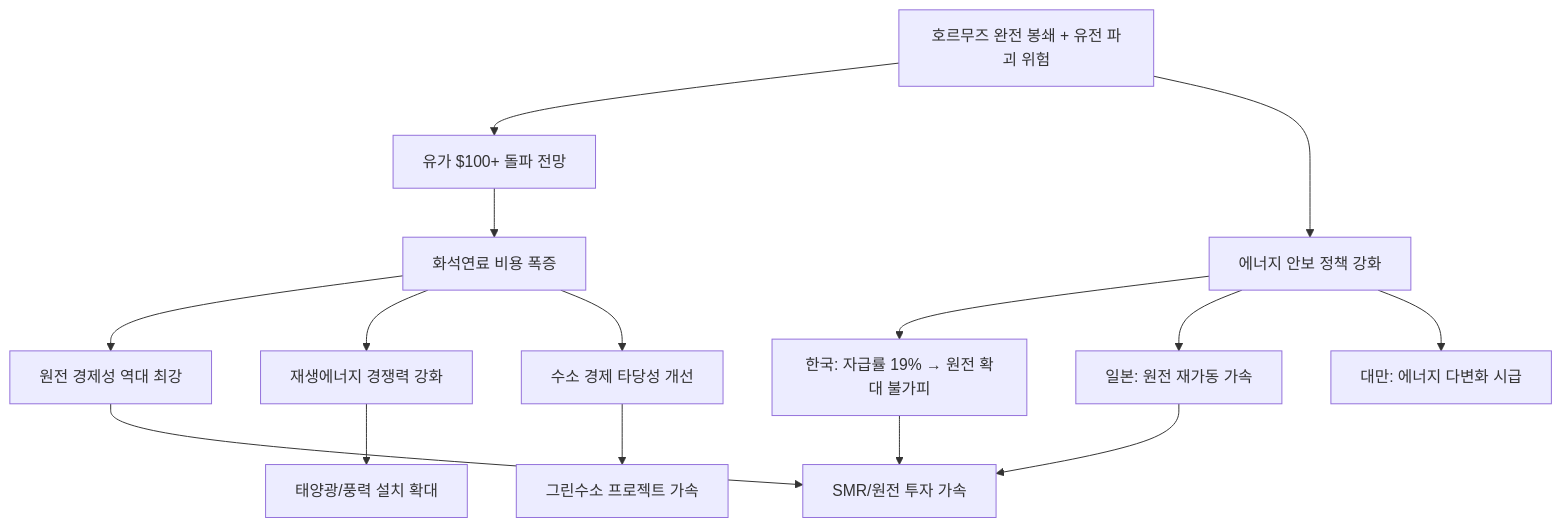
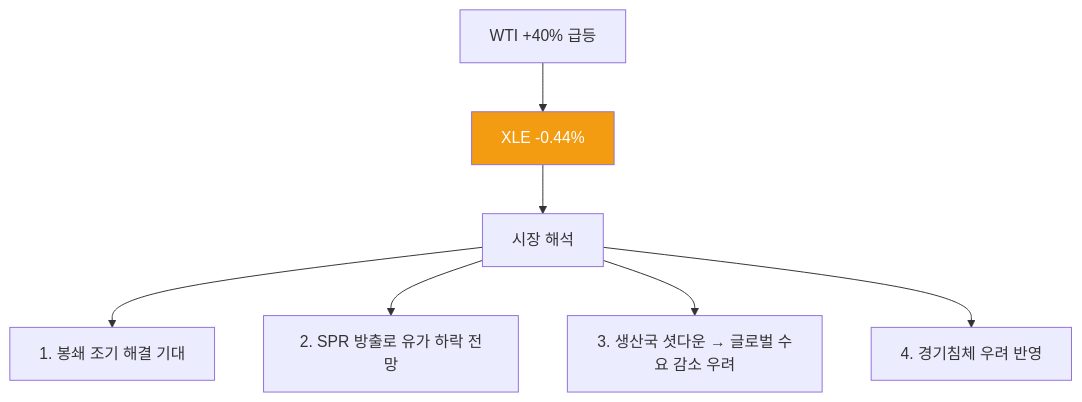
One commit to dss99911/dss99911.github.io changed the sixth of 10 diagrams in _posts/knowledge/invest/2026-03-07-energy-sector-outlook-2026.md. Above: the diagram before and after it, drawn with Mermaid. The commit also changed other lines of this file and 4 other files, not shown here.

````diff
--- a/_posts/knowledge/invest/2026-03-07-energy-sector-outlook-2026.md
+++ b/_posts/knowledge/invest/2026-03-07-energy-sector-outlook-2026.md
@@ -119,17 +201,11 @@
 ```mermaid
 graph TD
-    A["호르무즈 완전 봉쇄 + 유전 파괴 위험"] --> B["유가 $100+ 돌파 전망"]
-    B --> C["화석연료 비용 폭증"]
-    C --> D["원전 경제성 역대 최강"]
-    C --> E["재생에너지 경쟁력 강화"]
-    C --> F["수소 경제 타당성 개선"]
-    D --> G["SMR/원전 투자 가속"]
-    E --> H["태양광/풍력 설치 확대"]
-    F --> I["그린수소 프로젝트 가속"]
-    A --> J["에너지 안보 정책 강화"]
-    J --> J1["한국: 자급률 19% → 원전 확대 불가피"]
-    J --> J2["일본: 원전 재가동 가속"]
-    J --> J3["대만: 에너지 다변화 시급"]
-    J1 --> G
-    J2 --> G
+    A["WTI +40% 급등"] --> B["XLE -0.44%"]
+    B --> C["시장 해석"]
+    C --> D["1. 봉쇄 조기 해결 기대"]
+    C --> E["2. SPR 방출로 유가 하락 전망"]
+    C --> F["3. 생산국 셧다운 → 글로벌 수요 감소 우려"]
+    C --> G["4. 경기침체 우려 반영"]
+
+    style B fill:#f39c12,color:#fff
 ```
````
